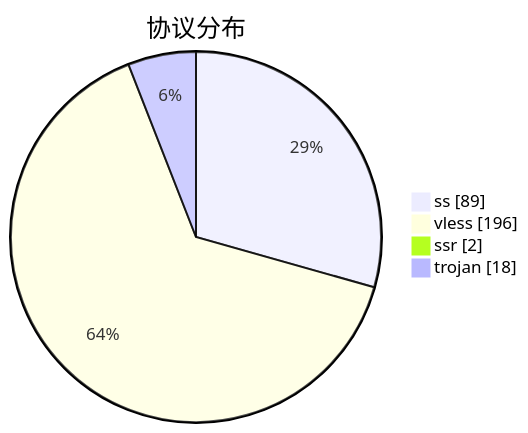
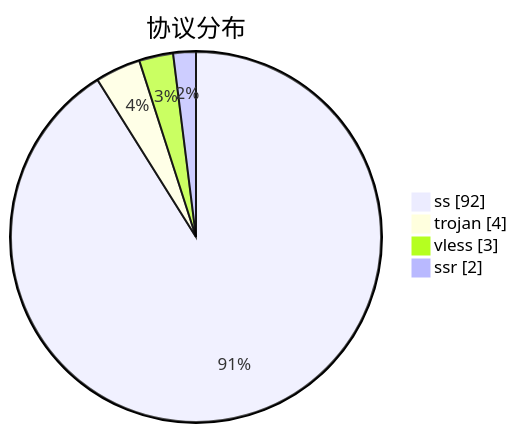
The third of 3 diagrams in subs/statistics/tested_within.md (qjlxg/airport), drawn with Mermaid before and after one commit. The commit also changed other lines of this file and 2 other files, not shown here.

````diff
--- a/subs/statistics/tested_within.md
+++ b/subs/statistics/tested_within.md
@@ -33,8 +29,8 @@
 ```mermaid
 pie showData
 title 协议分布
-"ss" : 89
-"vless" : 196
+"ss" : 92
+"trojan" : 4
+"vless" : 3
 "ssr" : 2
-"trojan" : 18
 ```
````
